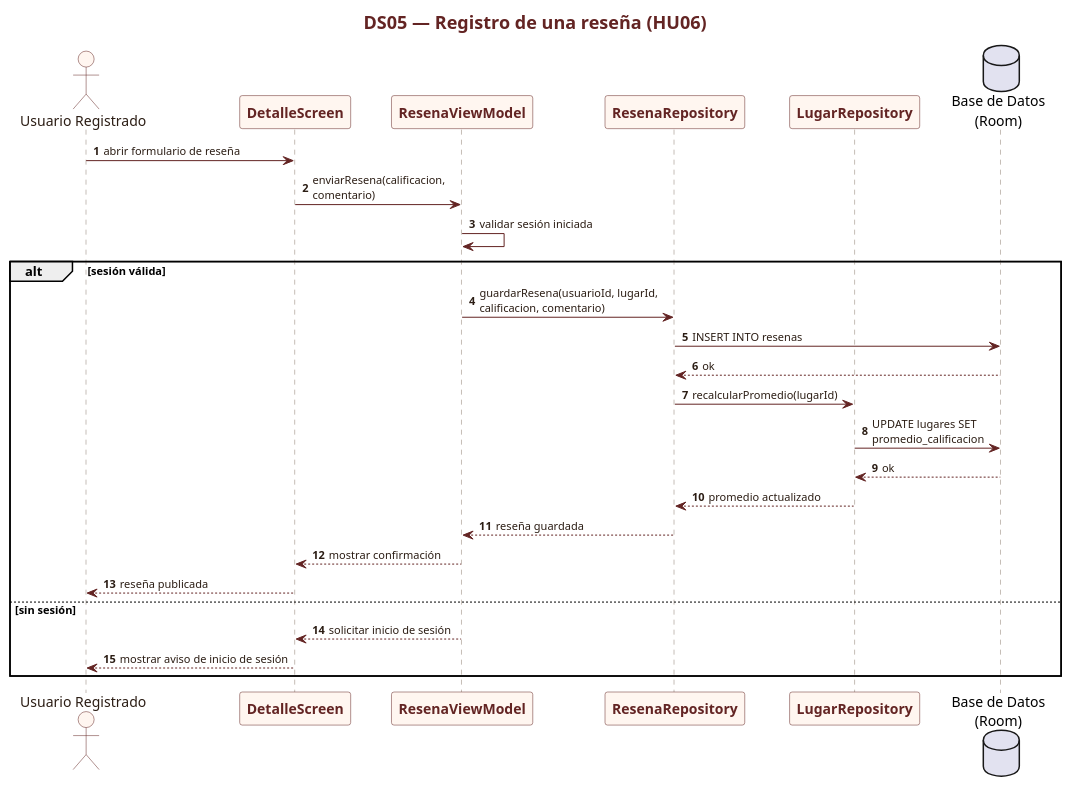
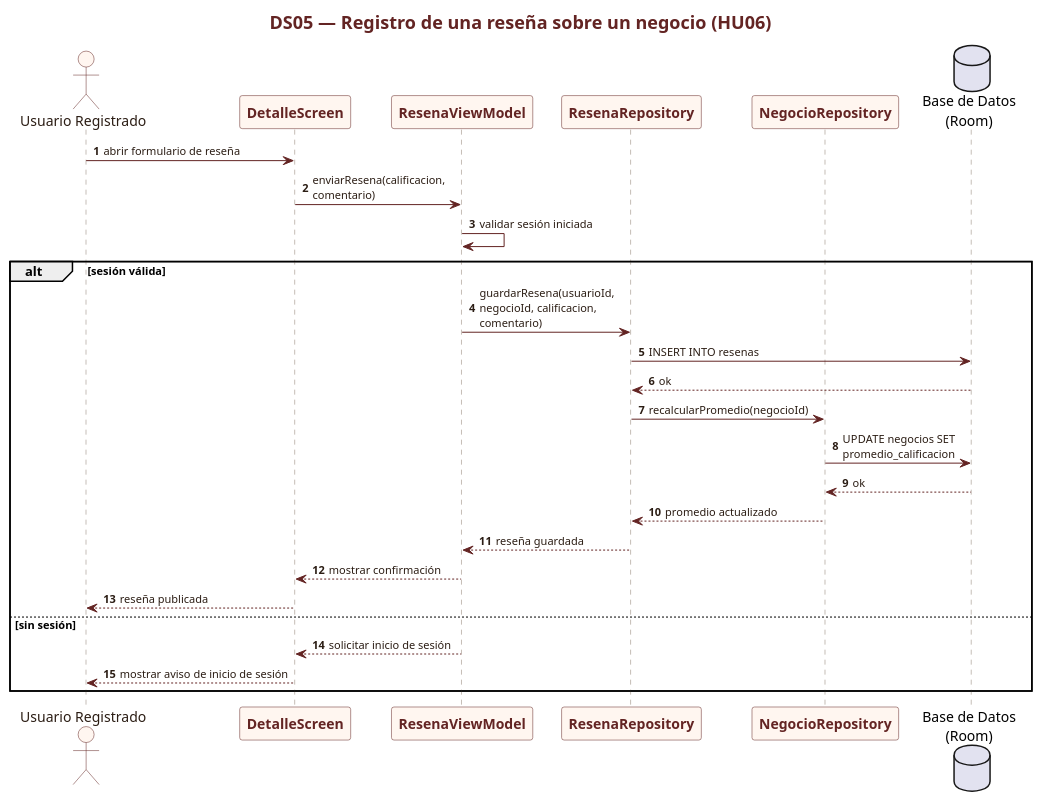
One commit to chelingo1994/LuciDan changed the diagram in diagrams/S1_DS05_Registro_Resena.puml. Above: the diagram before and after it, drawn with PlantUML. The commit also changed 197 other files, not shown here.

```diff
--- a/diagrams/S1_DS05_Registro_Resena.puml
+++ b/diagrams/S1_DS05_Registro_Resena.puml
@@ -1,63 +1,63 @@
 @startuml
 
 skinparam backgroundColor white
 skinparam shadowing false
 skinparam defaultFontName Arial
 skinparam maxMessageSize 180
 skinparam sequenceArrowThickness 1
 skinparam ArrowColor #632423
 skinparam ArrowFontColor #2B1D14
 skinparam ArrowFontSize 11
 skinparam sequence {
   ActorBorderColor #632423
   ActorBackgroundColor #FFF6F0
   ActorFontColor #2B1D14
   ParticipantBorderColor #632423
   ParticipantBackgroundColor #FFF6F0
   ParticipantFontColor #632423
   ParticipantFontStyle bold
   LifeLineBorderColor #8A7A6C
   LifeLineBackgroundColor #FFF6F0
   BoxBorderColor #632423
   BoxFontColor #632423
   BoxBackgroundColor #FFF9F5
   DividerBorderColor #632423
   DividerBackgroundColor #F2E4DE
   DividerFontColor #632423
 }
 skinparam titleFontColor #632423
 skinparam titleFontSize 18
 skinparam titleFontStyle bold
 skinparam noteBackgroundColor #FFF9E8
 skinparam noteBorderColor #8A7A6C
 
 
-title DS05 — Registro de una reseña (HU06)
+title DS05 — Registro de una reseña sobre un negocio (HU06)
 autonumber
 actor "Usuario Registrado" as U
 participant "DetalleScreen" as UI
 participant "ResenaViewModel" as VM
 participant "ResenaRepository" as REPO
-participant "LugarRepository" as LREPO
+participant "NegocioRepository" as NREPO
 database "Base de Datos\n(Room)" as DB
 
 U -> UI : abrir formulario de reseña
 UI -> VM : enviarResena(calificacion, comentario)
 VM -> VM : validar sesión iniciada
 alt sesión válida
-  VM -> REPO : guardarResena(usuarioId, lugarId, calificacion, comentario)
+  VM -> REPO : guardarResena(usuarioId, negocioId, calificacion, comentario)
   REPO -> DB : INSERT INTO resenas
   DB --> REPO : ok
-  REPO -> LREPO : recalcularPromedio(lugarId)
-  LREPO -> DB : UPDATE lugares SET promedio_calificacion
-  DB --> LREPO : ok
-  LREPO --> REPO : promedio actualizado
+  REPO -> NREPO : recalcularPromedio(negocioId)
+  NREPO -> DB : UPDATE negocios SET promedio_calificacion
+  DB --> NREPO : ok
+  NREPO --> REPO : promedio actualizado
   REPO --> VM : reseña guardada
   VM --> UI : mostrar confirmación
   UI --> U : reseña publicada
 else sin sesión
   VM --> UI : solicitar inicio de sesión
   UI --> U : mostrar aviso de inicio de sesión
 end
 
 @enduml
```
